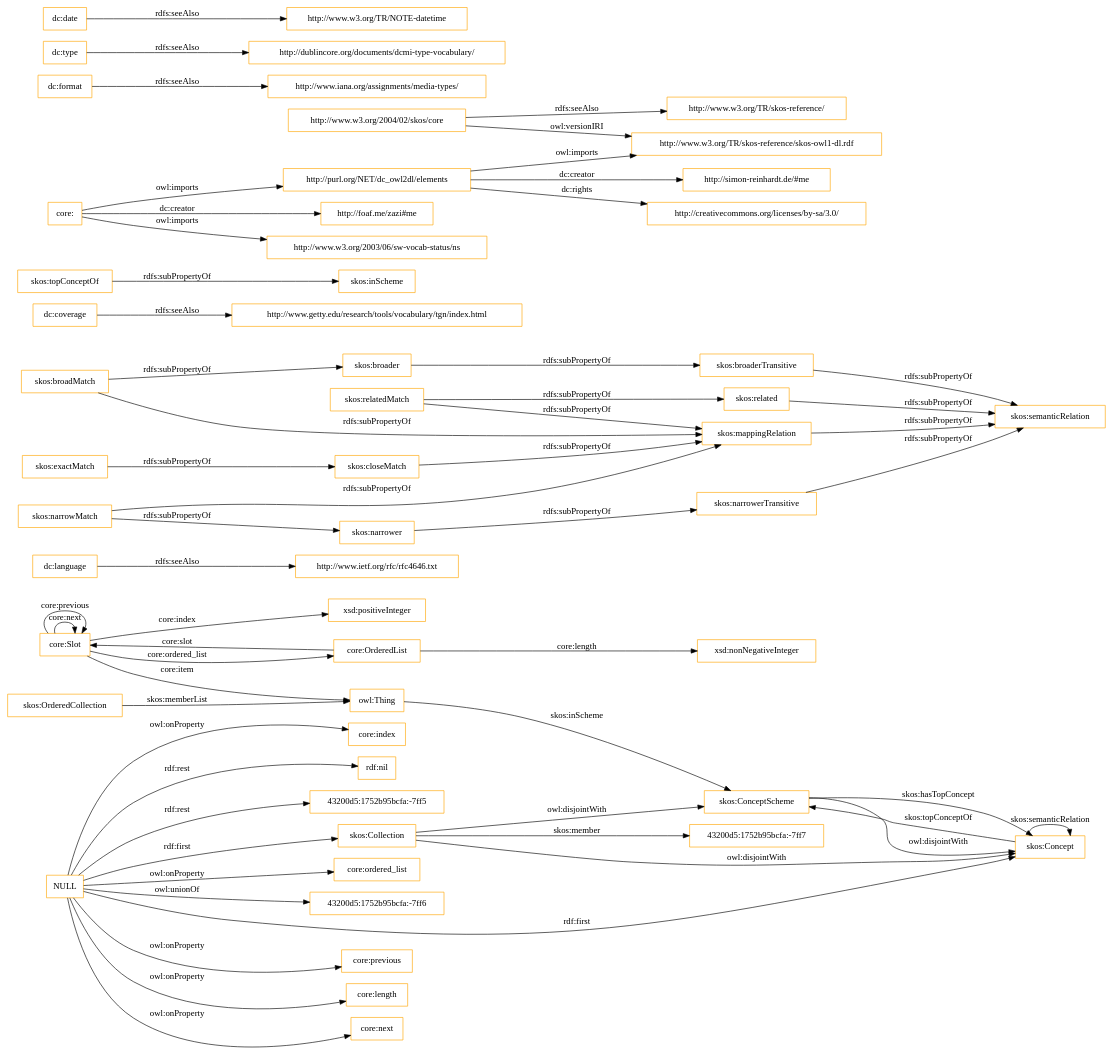
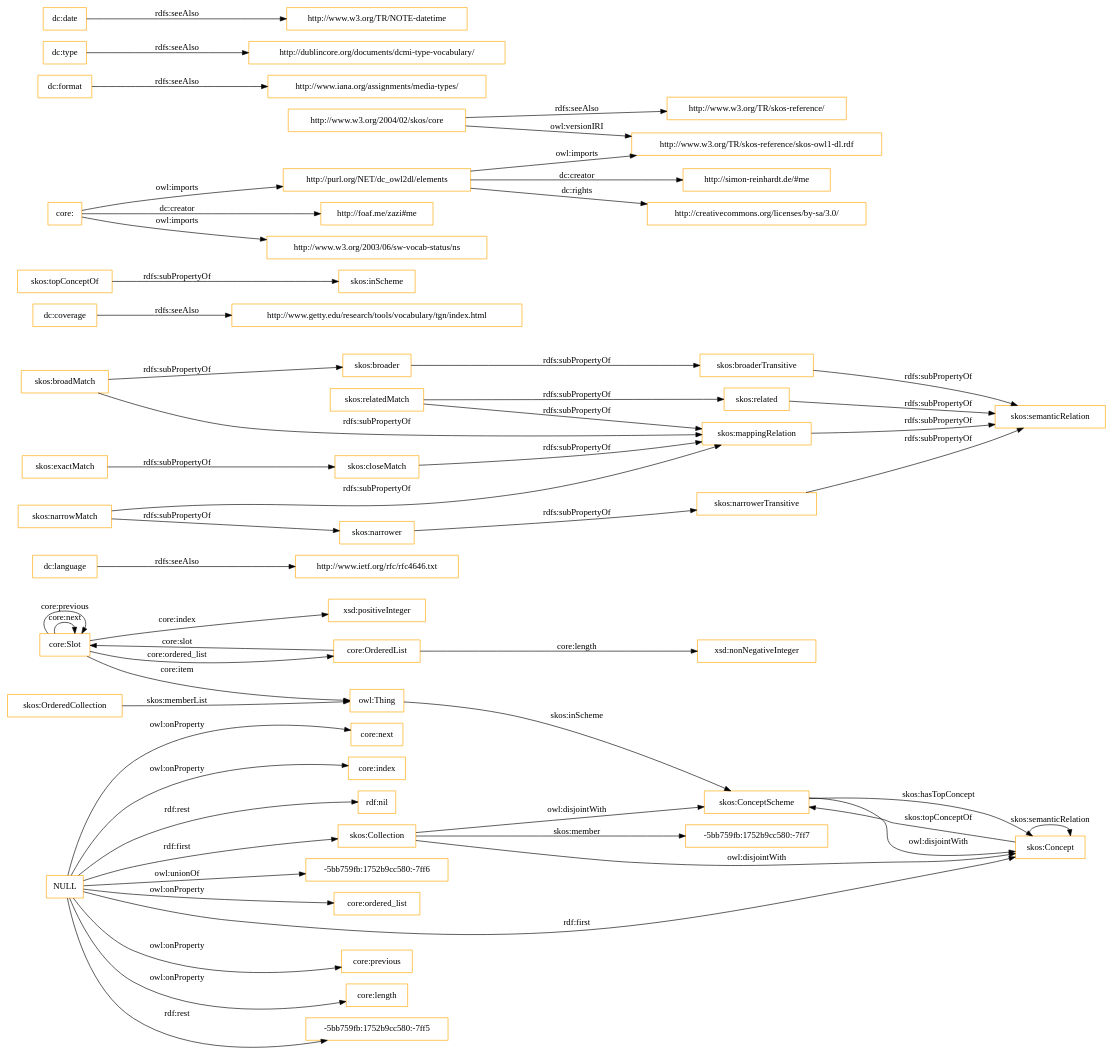
One commit to OnToologyUser/core-ontology-1 changed the diagram in OnToology/imports/core.owl/diagrams/ar2dtool-class/core.owl.png.dot. Above: the diagram before and after it, drawn with Graphviz. The commit also changed 14 other files, not shown here.

```diff
--- a/OnToology/imports/core.owl/diagrams/ar2dtool-class/core.owl.png.dot
+++ b/OnToology/imports/core.owl/diagrams/ar2dtool-class/core.owl.png.dot
@@ -1,60 +1,60 @@
 digraph ar2dtool_diagram { 
 rankdir=LR;
 size="1501"
-node [shape = rectangle, color="orange"]; "core:Slot" "core:OrderedList" "43200d5:1752b95bcfa:-7ff7" "skos:OrderedCollection" "skos:Collection" "skos:ConceptScheme" "skos:Concept" ; /*classes style*/
+node [shape = rectangle, color="orange"]; "core:Slot" "core:OrderedList" "-5bb759fb:1752b9cc580:-7ff7" "skos:OrderedCollection" "skos:Collection" "skos:ConceptScheme" "skos:Concept" ; /*classes style*/
 	"dc:language" -> "http://www.ietf.org/rfc/rfc4646.txt" [ label = "rdfs:seeAlso" ];
 	"NULL" -> "core:previous" [ label = "owl:onProperty" ];
 	"NULL" -> "core:length" [ label = "owl:onProperty" ];
 	"NULL" -> "skos:Concept" [ label = "rdf:first" ];
+	"NULL" -> "-5bb759fb:1752b9cc580:-7ff5" [ label = "rdf:rest" ];
 	"NULL" -> "core:next" [ label = "owl:onProperty" ];
 	"NULL" -> "core:index" [ label = "owl:onProperty" ];
 	"NULL" -> "rdf:nil" [ label = "rdf:rest" ];
-	"NULL" -> "43200d5:1752b95bcfa:-7ff5" [ label = "rdf:rest" ];
+	"NULL" -> "-5bb759fb:1752b9cc580:-7ff6" [ label = "owl:unionOf" ];
 	"NULL" -> "core:ordered_list" [ label = "owl:onProperty" ];
-	"NULL" -> "43200d5:1752b95bcfa:-7ff6" [ label = "owl:unionOf" ];
 	"NULL" -> "skos:Collection" [ label = "rdf:first" ];
 	"skos:closeMatch" -> "skos:mappingRelation" [ label = "rdfs:subPropertyOf" ];
 	"dc:coverage" -> "http://www.getty.edu/research/tools/vocabulary/tgn/index.html" [ label = "rdfs:seeAlso" ];
 	"skos:relatedMatch" -> "skos:related" [ label = "rdfs:subPropertyOf" ];
 	"skos:relatedMatch" -> "skos:mappingRelation" [ label = "rdfs:subPropertyOf" ];
 	"skos:ConceptScheme" -> "skos:Concept" [ label = "owl:disjointWith" ];
 	"skos:related" -> "skos:semanticRelation" [ label = "rdfs:subPropertyOf" ];
 	"skos:topConceptOf" -> "skos:inScheme" [ label = "rdfs:subPropertyOf" ];
 	"skos:broadMatch" -> "skos:broader" [ label = "rdfs:subPropertyOf" ];
 	"skos:broadMatch" -> "skos:mappingRelation" [ label = "rdfs:subPropertyOf" ];
 	"http://purl.org/NET/dc_owl2dl/elements" -> "http://www.w3.org/TR/skos-reference/skos-owl1-dl.rdf" [ label = "owl:imports" ];
 	"http://purl.org/NET/dc_owl2dl/elements" -> "http://creativecommons.org/licenses/by-sa/3.0/" [ label = "dc:rights" ];
 	"http://purl.org/NET/dc_owl2dl/elements" -> "http://simon-reinhardt.de/#me" [ label = "dc:creator" ];
 	"skos:exactMatch" -> "skos:closeMatch" [ label = "rdfs:subPropertyOf" ];
 	"dc:format" -> "http://www.iana.org/assignments/media-types/" [ label = "rdfs:seeAlso" ];
 	"core:" -> "http://foaf.me/zazi#me" [ label = "dc:creator" ];
 	"core:" -> "http://www.w3.org/2003/06/sw-vocab-status/ns" [ label = "owl:imports" ];
 	"core:" -> "http://purl.org/NET/dc_owl2dl/elements" [ label = "owl:imports" ];
 	"skos:broaderTransitive" -> "skos:semanticRelation" [ label = "rdfs:subPropertyOf" ];
 	"skos:mappingRelation" -> "skos:semanticRelation" [ label = "rdfs:subPropertyOf" ];
 	"skos:broader" -> "skos:broaderTransitive" [ label = "rdfs:subPropertyOf" ];
 	"dc:type" -> "http://dublincore.org/documents/dcmi-type-vocabulary/" [ label = "rdfs:seeAlso" ];
 	"http://www.w3.org/2004/02/skos/core" -> "http://www.w3.org/TR/skos-reference/skos-owl1-dl.rdf" [ label = "owl:versionIRI" ];
 	"http://www.w3.org/2004/02/skos/core" -> "http://www.w3.org/TR/skos-reference/" [ label = "rdfs:seeAlso" ];
 	"skos:Collection" -> "skos:ConceptScheme" [ label = "owl:disjointWith" ];
 	"skos:Collection" -> "skos:Concept" [ label = "owl:disjointWith" ];
 	"skos:narrowMatch" -> "skos:narrower" [ label = "rdfs:subPropertyOf" ];
 	"skos:narrowMatch" -> "skos:mappingRelation" [ label = "rdfs:subPropertyOf" ];
 	"skos:narrower" -> "skos:narrowerTransitive" [ label = "rdfs:subPropertyOf" ];
 	"dc:date" -> "http://www.w3.org/TR/NOTE-datetime" [ label = "rdfs:seeAlso" ];
 	"skos:narrowerTransitive" -> "skos:semanticRelation" [ label = "rdfs:subPropertyOf" ];
 	"core:Slot" -> "xsd:positiveInteger" [ label = "core:index" ];
 	"skos:Concept" -> "skos:ConceptScheme" [ label = "skos:topConceptOf" ];
 	"core:Slot" -> "owl:Thing" [ label = "core:item" ];
 	"core:OrderedList" -> "xsd:nonNegativeInteger" [ label = "core:length" ];
 	"core:OrderedList" -> "core:Slot" [ label = "core:slot" ];
-	"skos:Collection" -> "43200d5:1752b95bcfa:-7ff7" [ label = "skos:member" ];
+	"skos:Collection" -> "-5bb759fb:1752b9cc580:-7ff7" [ label = "skos:member" ];
 	"core:Slot" -> "core:Slot" [ label = "core:next" ];
 	"skos:ConceptScheme" -> "skos:Concept" [ label = "skos:hasTopConcept" ];
 	"owl:Thing" -> "skos:ConceptScheme" [ label = "skos:inScheme" ];
 	"core:Slot" -> "core:Slot" [ label = "core:previous" ];
 	"skos:OrderedCollection" -> "owl:Thing" [ label = "skos:memberList" ];
 	"skos:Concept" -> "skos:Concept" [ label = "skos:semanticRelation" ];
 	"core:Slot" -> "core:OrderedList" [ label = "core:ordered_list" ];
 
 }
```
